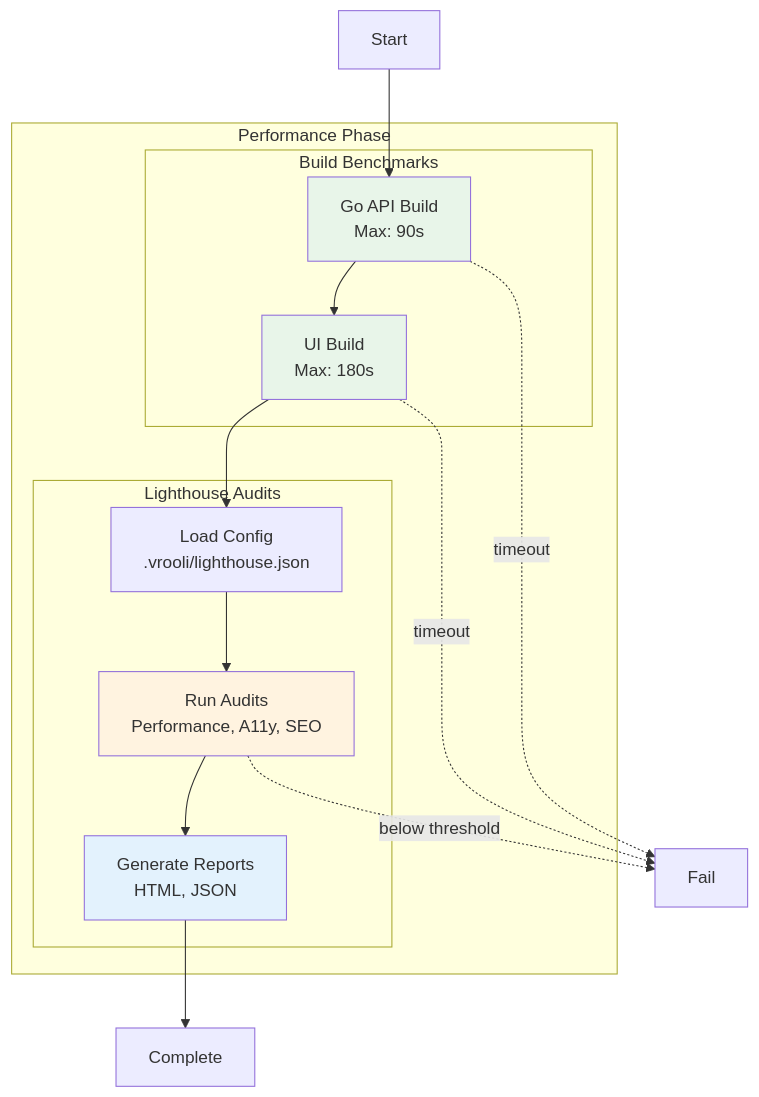
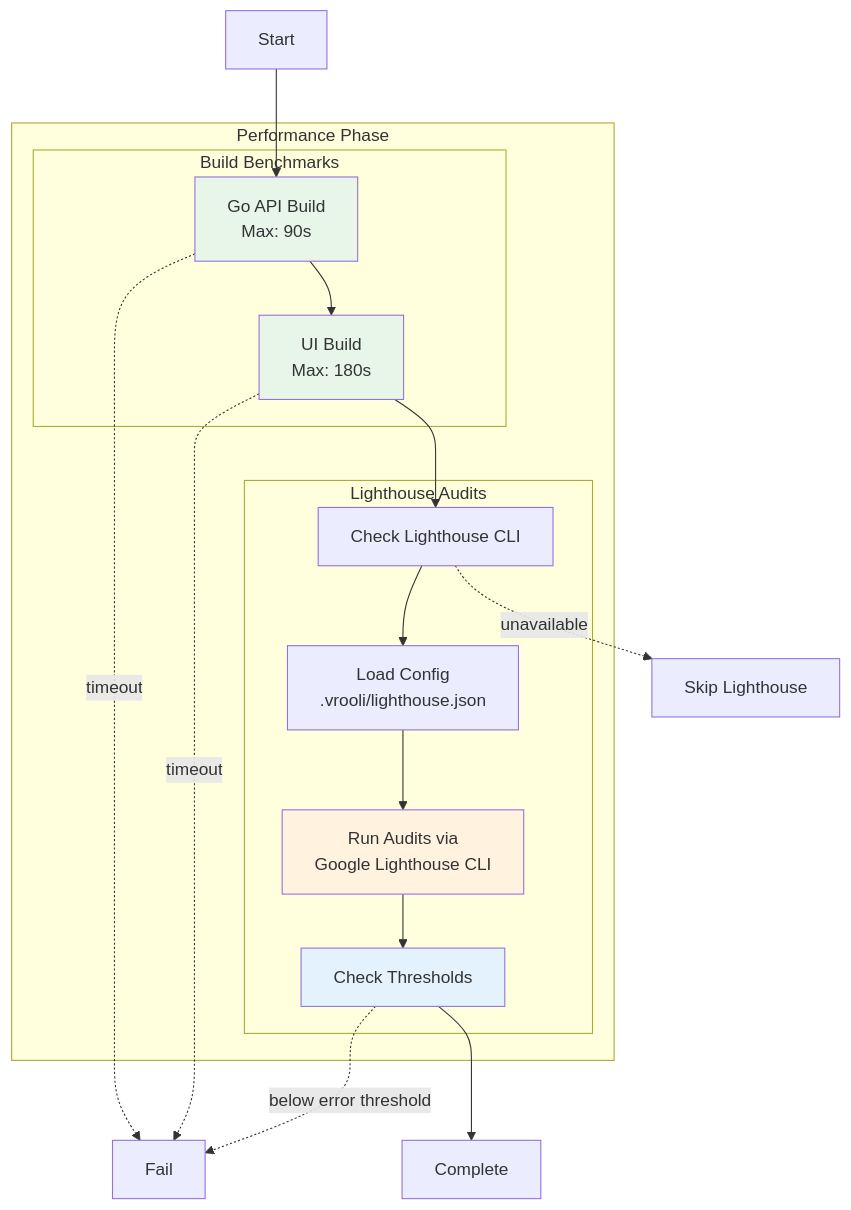
One commit to Vrooli/Vrooli changed the diagram in scenarios/test-genie/docs/phases/performance/README.md. Above: the diagram before and after it, drawn with Mermaid. The commit also changed other lines of this file and 27 other files, not shown here.

````diff
--- a/scenarios/test-genie/docs/phases/performance/README.md
+++ b/scenarios/test-genie/docs/phases/performance/README.md
@@ -12,31 +12,34 @@
 ```mermaid
 graph TB
     subgraph "Performance Phase"
         subgraph "Build Benchmarks"
             GO_BUILD[Go API Build<br/>Max: 90s]
             UI_BUILD[UI Build<br/>Max: 180s]
         end
 
         subgraph "Lighthouse Audits"
+            LH_CHECK[Check Lighthouse CLI]
             LH_CONFIG[Load Config<br/>.vrooli/lighthouse.json]
-            LH_RUN[Run Audits<br/>Performance, A11y, SEO]
-            LH_REPORT[Generate Reports<br/>HTML, JSON]
+            LH_AUDIT[Run Audits via<br/>Google Lighthouse CLI]
+            LH_THRESHOLD[Check Thresholds]
         end
     end
 
     START[Start] --> GO_BUILD
     GO_BUILD --> UI_BUILD
-    UI_BUILD --> LH_CONFIG
-    LH_CONFIG --> LH_RUN
-    LH_RUN --> LH_REPORT
-    LH_REPORT --> DONE[Complete]
+    UI_BUILD --> LH_CHECK
+    LH_CHECK --> LH_CONFIG
+    LH_CONFIG --> LH_AUDIT
+    LH_AUDIT --> LH_THRESHOLD
+    LH_THRESHOLD --> DONE[Complete]
 
     GO_BUILD -.->|timeout| FAIL[Fail]
     UI_BUILD -.->|timeout| FAIL
-    LH_RUN -.->|below threshold| FAIL
+    LH_CHECK -.->|unavailable| SKIP[Skip Lighthouse]
+    LH_THRESHOLD -.->|below error threshold| FAIL
 
     style GO_BUILD fill:#e8f5e9
     style UI_BUILD fill:#e8f5e9
-    style LH_RUN fill:#fff3e0
-    style LH_REPORT fill:#e3f2fd
+    style LH_AUDIT fill:#fff3e0
+    style LH_THRESHOLD fill:#e3f2fd
 ```
````
